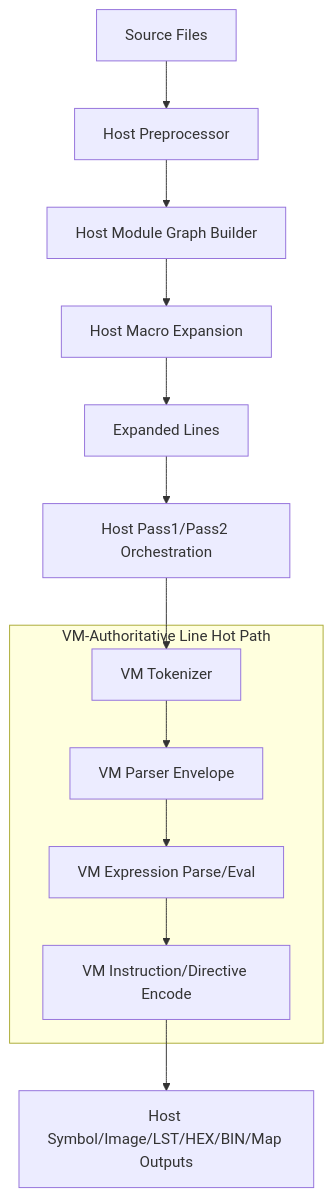
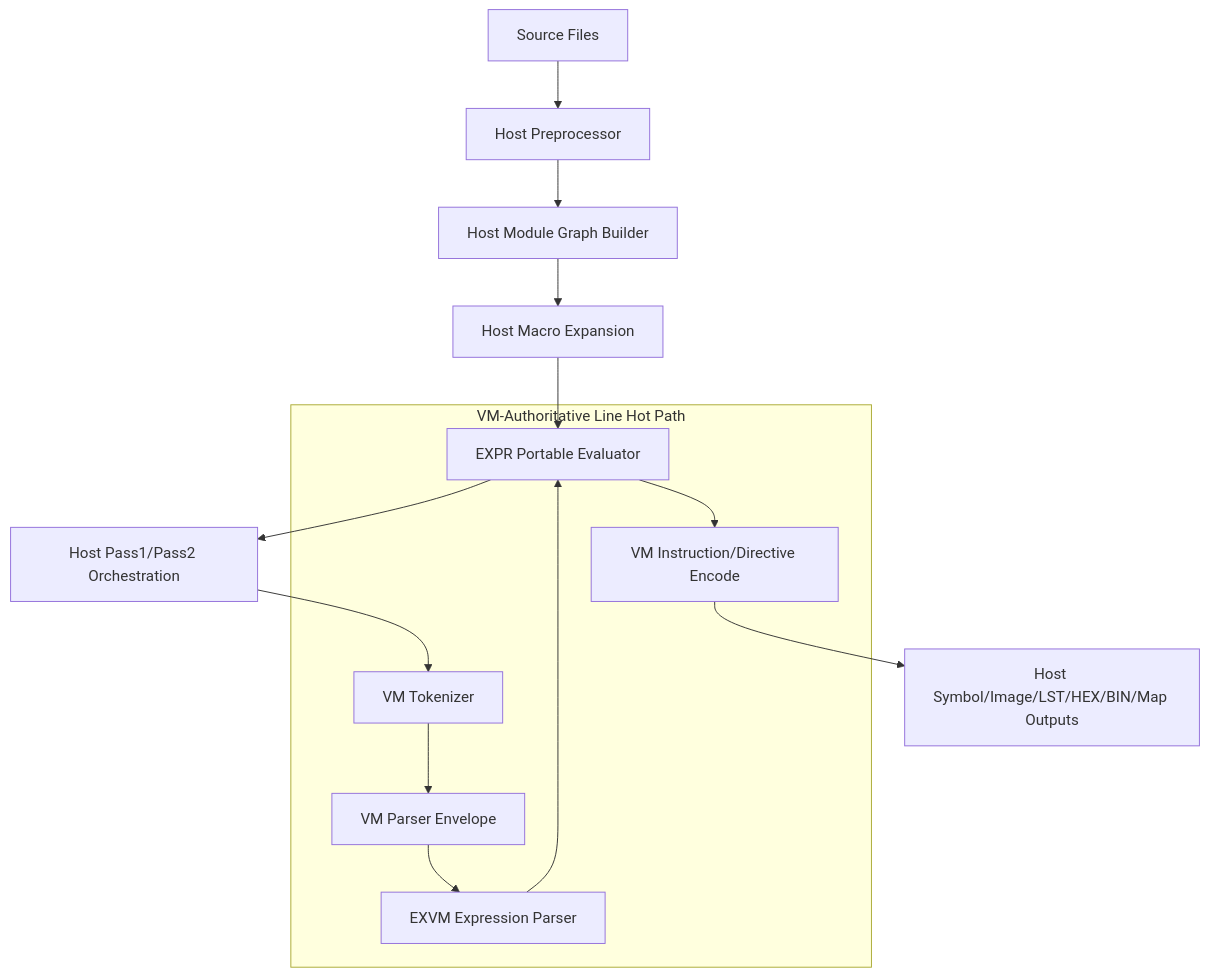
Before and after one commit to pig-games/opForge: the first of 3 diagrams in documentation/vm-boundary-protocol-v1.md, drawn with Mermaid. The commit also changed other lines of this file and 4 other files, not shown here.

Commit message:
Document final EXVM expression boundary

````diff
--- a/documentation/vm-boundary-protocol-v1.md
+++ b/documentation/vm-boundary-protocol-v1.md
@@ -50,17 +50,18 @@
 ```mermaid
 flowchart TD
 	A[Source Files] --> B[Host Preprocessor]
 	B --> C[Host Module Graph Builder]
 	C --> D[Host Macro Expansion]
 	D --> E[Expanded Lines]
 	E --> F[Host Pass1/Pass2 Orchestration]
 
 	subgraph VM_HOT_PATH[VM-Authoritative Line Hot Path]
 	  T[VM Tokenizer] --> P[VM Parser Envelope]
-	  P --> X[VM Expression Parse/Eval]
-	  X --> I[VM Instruction/Directive Encode]
+	  P --> X[EXVM Expression Parser]
+	  X --> E[EXPR Portable Evaluator]
+	  E --> I[VM Instruction/Directive Encode]
 	end
 
 	F --> T
 	I --> G[Host Symbol/Image/LST/HEX/BIN/Map Outputs]
 ```
````
